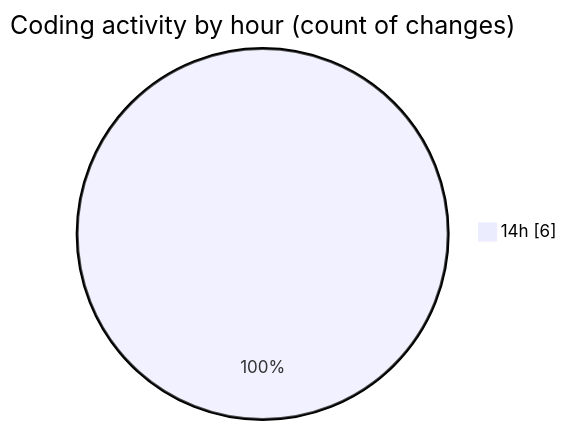
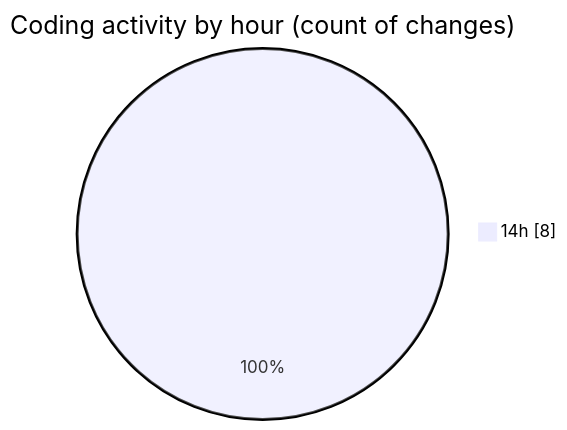
The second of 2 diagrams in 2025-02-11/masm/README.md (charlie-sans/code-tracking), drawn with Mermaid before and after one commit. The commit also changed other lines of this file and 1 other file, not shown here.

````diff
--- a/2025-02-11/masm/README.md
+++ b/2025-02-11/masm/README.md
@@ -34,5 +35,5 @@
 ```mermaid
 pie showData
 title Coding activity by hour (count of changes)
-"14h" : 6
+"14h" : 8
 ```
````
